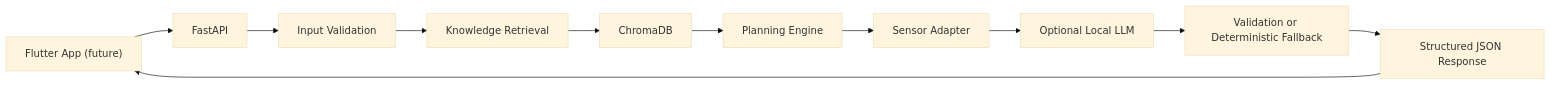
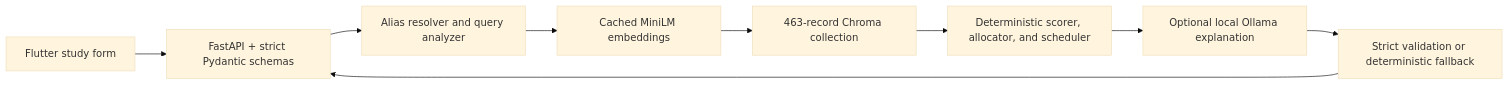
The diagram in docs/system_architecture.md (Nagy-API/ErgoStudy-AI), drawn with Mermaid (base theme) before and after one commit. The commit also changed other lines of this file and 116 other files, not shown here.

````diff
--- a/docs/system_architecture.md
+++ b/docs/system_architecture.md
@@ -5,13 +5,11 @@
 ```mermaid
 flowchart LR
-    A["Flutter App (future)"] --> B["FastAPI"]
-    B --> C["Input Validation"]
-    C --> D["Knowledge Retrieval"]
-    D --> E["ChromaDB"]
-    E --> F["Planning Engine"]
-    F --> G["Sensor Adapter"]
-    G --> H["Optional Local LLM"]
-    H --> I["Validation or Deterministic Fallback"]
-    I --> J["Structured JSON Response"]
-    J --> A
+    A["Flutter study form"] --> B["FastAPI + strict Pydantic schemas"]
+    B --> C["Alias resolver and query analyzer"]
+    C --> D["Cached MiniLM embeddings"]
+    D --> E["463-record Chroma collection"]
+    E --> F["Deterministic scorer, allocator, and scheduler"]
+    F --> G["Optional local Ollama explanation"]
+    G --> H["Strict validation or deterministic fallback"]
+    H --> B
 ```
````
